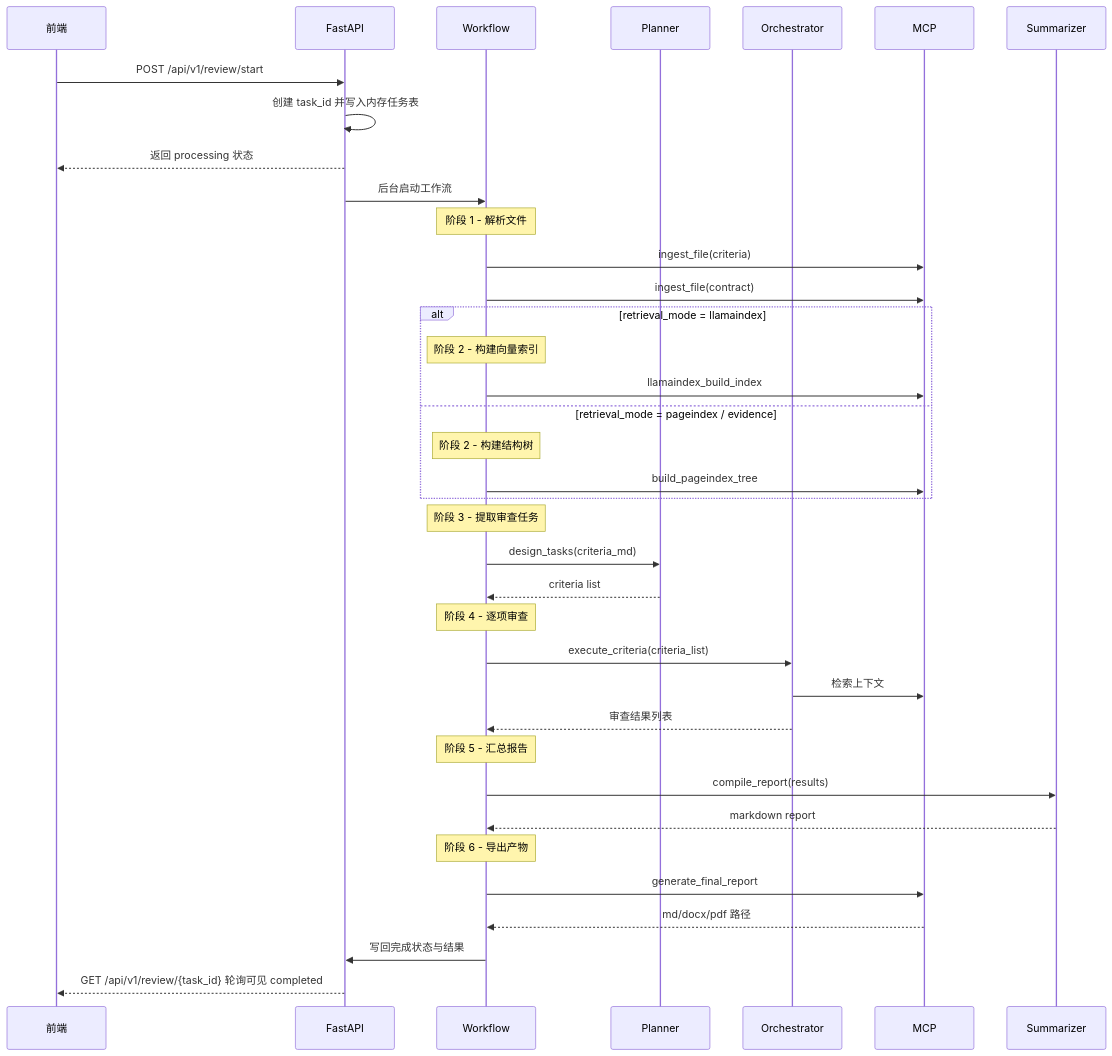
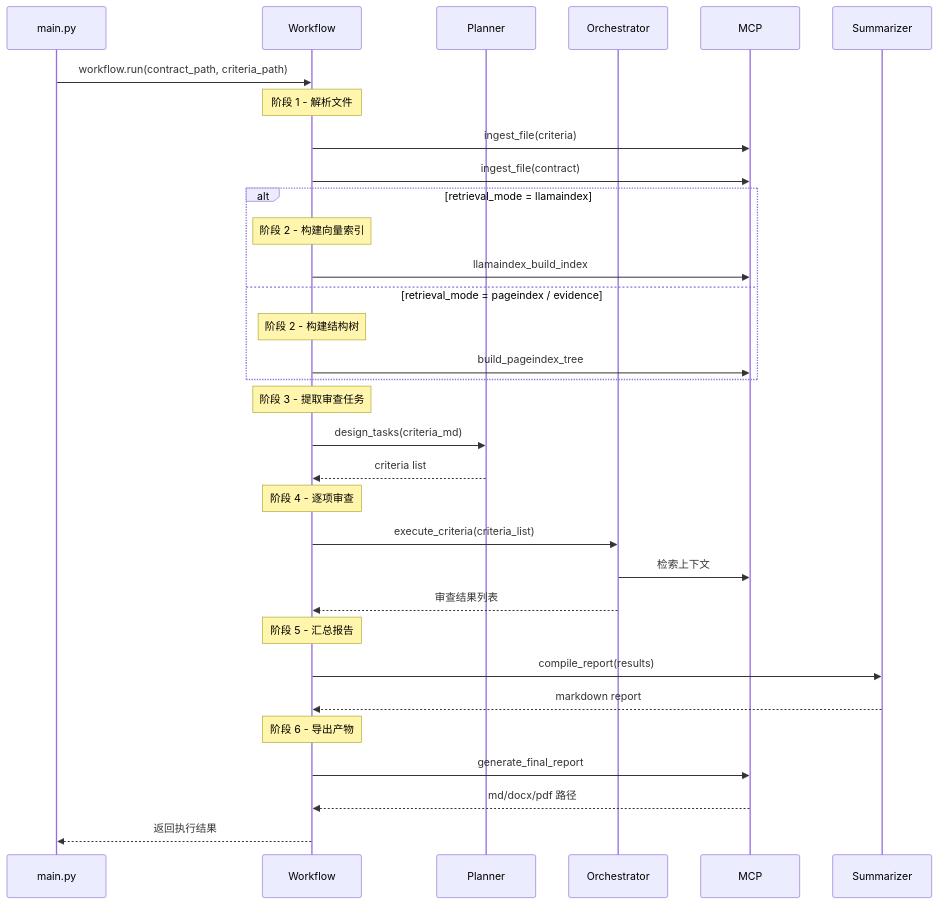
One commit to HoeTee/contract_agent changed the third of 6 diagrams in project_intro/ARCHITECTURE.md. Above: the diagram before and after it, drawn with Mermaid. The commit also changed other lines of this file and 10 other files, not shown here.

````diff
--- a/project_intro/ARCHITECTURE.md
+++ b/project_intro/ARCHITECTURE.md
@@ -144,48 +142,42 @@
 ```mermaid
 sequenceDiagram
-    participant UI as 前端
-    participant API as FastAPI
+    participant CLI as main.py
     participant WF as Workflow
     participant Planner as Planner
     participant Orch as Orchestrator
     participant MCP as MCP
     participant Sum as Summarizer
 
-    UI->>API: POST /api/v1/review/start
-    API->>API: 创建 task_id 并写入内存任务表
-    API-->>UI: 返回 processing 状态
-
-    API->>WF: 后台启动工作流
+    CLI->>WF: workflow.run(contract_path, criteria_path)
 
     Note over WF: 阶段 1 - 解析文件
     WF->>MCP: ingest_file(criteria)
     WF->>MCP: ingest_file(contract)
 
     alt retrieval_mode = llamaindex
         Note over WF: 阶段 2 - 构建向量索引
         WF->>MCP: llamaindex_build_index
     else retrieval_mode = pageindex / evidence
         Note over WF: 阶段 2 - 构建结构树
         WF->>MCP: build_pageindex_tree
     end
 
     Note over WF: 阶段 3 - 提取审查任务
     WF->>Planner: design_tasks(criteria_md)
     Planner-->>WF: criteria list
 
     Note over WF: 阶段 4 - 逐项审查
     WF->>Orch: execute_criteria(criteria_list)
     Orch->>MCP: 检索上下文
     Orch-->>WF: 审查结果列表
 
     Note over WF: 阶段 5 - 汇总报告
     WF->>Sum: compile_report(results)
     Sum-->>WF: markdown report
 
     Note over WF: 阶段 6 - 导出产物
     WF->>MCP: generate_final_report
     MCP-->>WF: md/docx/pdf 路径
 
-    WF->>API: 写回完成状态与结果
-    API-->>UI: GET /api/v1/review/{task_id} 轮询可见 completed
+    WF-->>CLI: 返回执行结果
 ```
````
